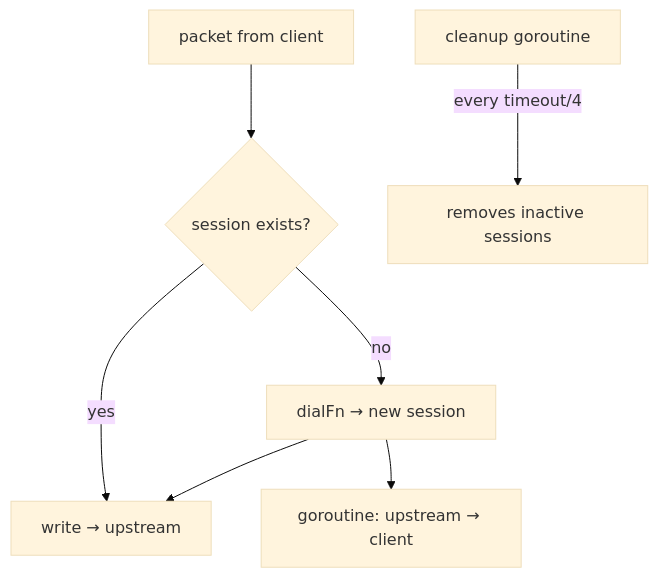
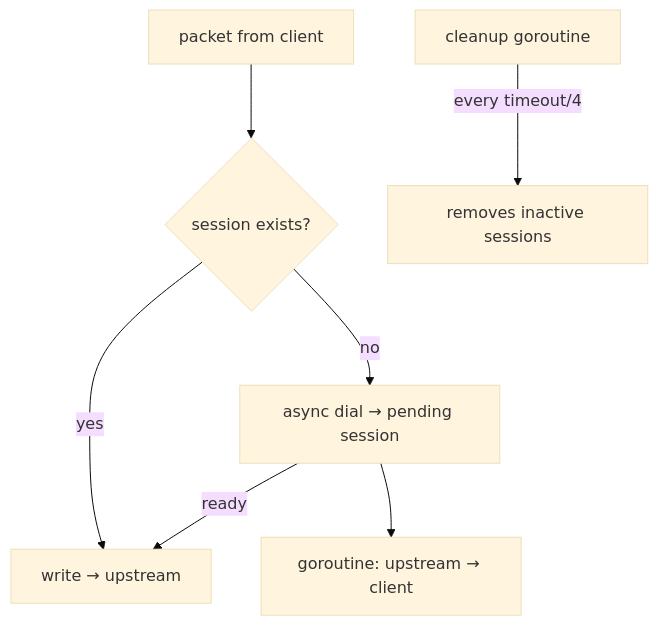
The third of 3 diagrams in mod/forward/README.md (voluminor/ratatoskr), drawn with Mermaid (base theme) before and after one commit. The commit also changed other lines of this file and 126 other files, not shown here.

````diff
--- a/mod/forward/README.md
+++ b/mod/forward/README.md
@@ -149,9 +172,9 @@
 ```mermaid
 flowchart TB
   Pkt["packet from client"] --> Lookup{"session exists?"}
   Lookup -->|" yes "| Write["write → upstream"]
-  Lookup -->|" no "| Dial["dialFn → new session"]
+  Lookup -->|" no "| Dial["async dial → pending session"]
   Dial --> Reverse["goroutine: upstream → client"]
-    Dial --> Write
+  Dial -->|" ready "| Write
   Cleanup["cleanup goroutine"] -->|" every timeout/4 "| Expire["removes inactive sessions"]
 ```
````
